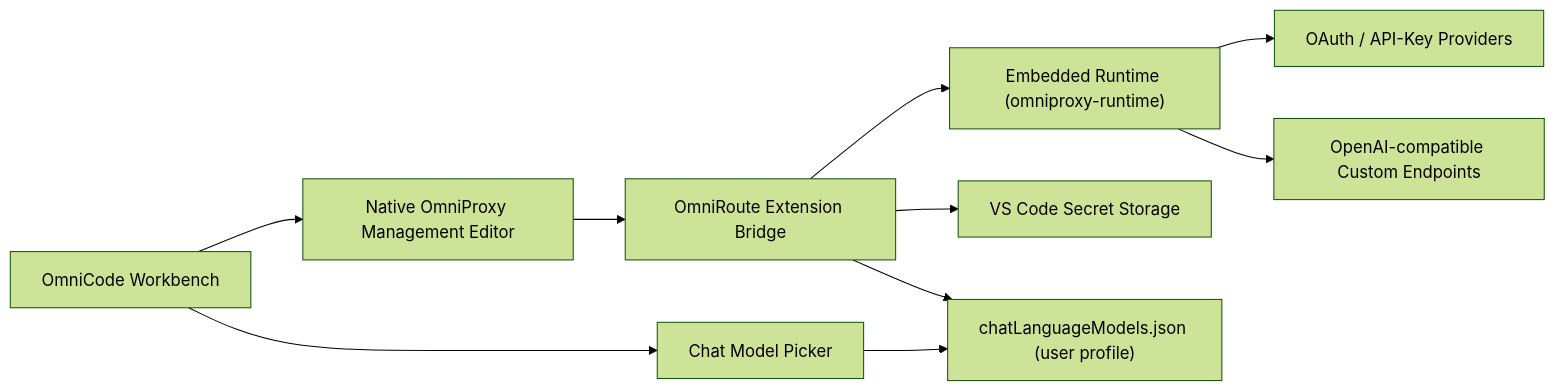
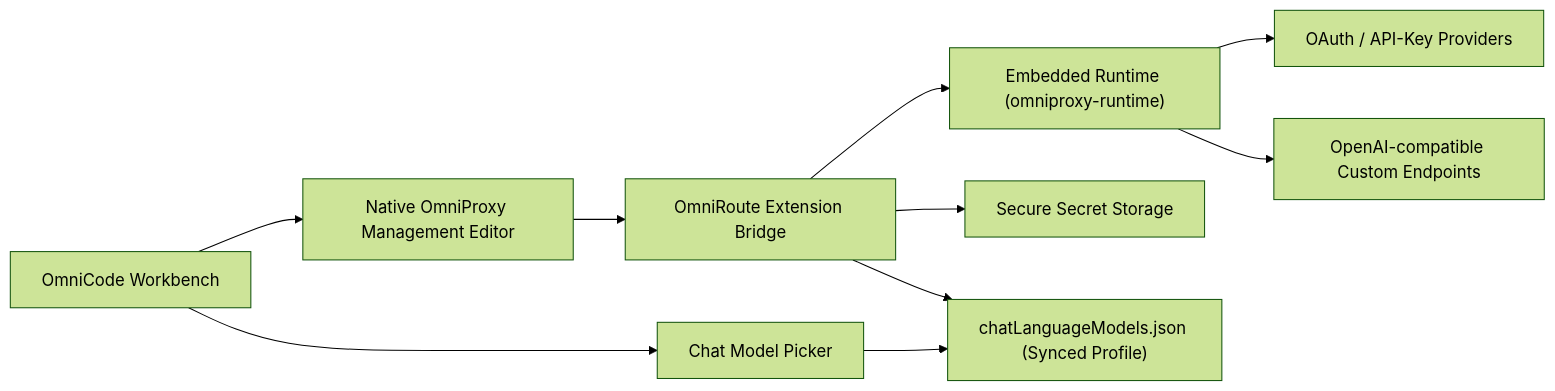
Before and after one commit to cyborgateuk-arch/OmniCode: the first of 2 diagrams in docs/OMNICODE.md, drawn with Mermaid (forest theme). The commit also changed other lines of this file and 1 other file, not shown here.

Commit message:
docs: rewrite README and OMNICODE to detail architecture, flow, cost savings, and personalized agent

````diff
--- a/docs/OMNICODE.md
+++ b/docs/OMNICODE.md
@@ -24,12 +32,12 @@
 ```mermaid
 flowchart LR
     A["OmniCode Workbench"] --> B["Native OmniProxy Management Editor"]
     A --> C["Chat Model Picker"]
     B --> D["OmniRoute Extension Bridge"]
     D --> E["Embedded Runtime (omniproxy-runtime)"]
     E --> F["OAuth / API-Key Providers"]
     E --> G["OpenAI-compatible Custom Endpoints"]
-    D --> H["VS Code Secret Storage"]
-    C --> I["chatLanguageModels.json (user profile)"]
+    D --> H["Secure Secret Storage"]
+    C --> I["chatLanguageModels.json (Synced Profile)"]
     D --> I
 ```
````
